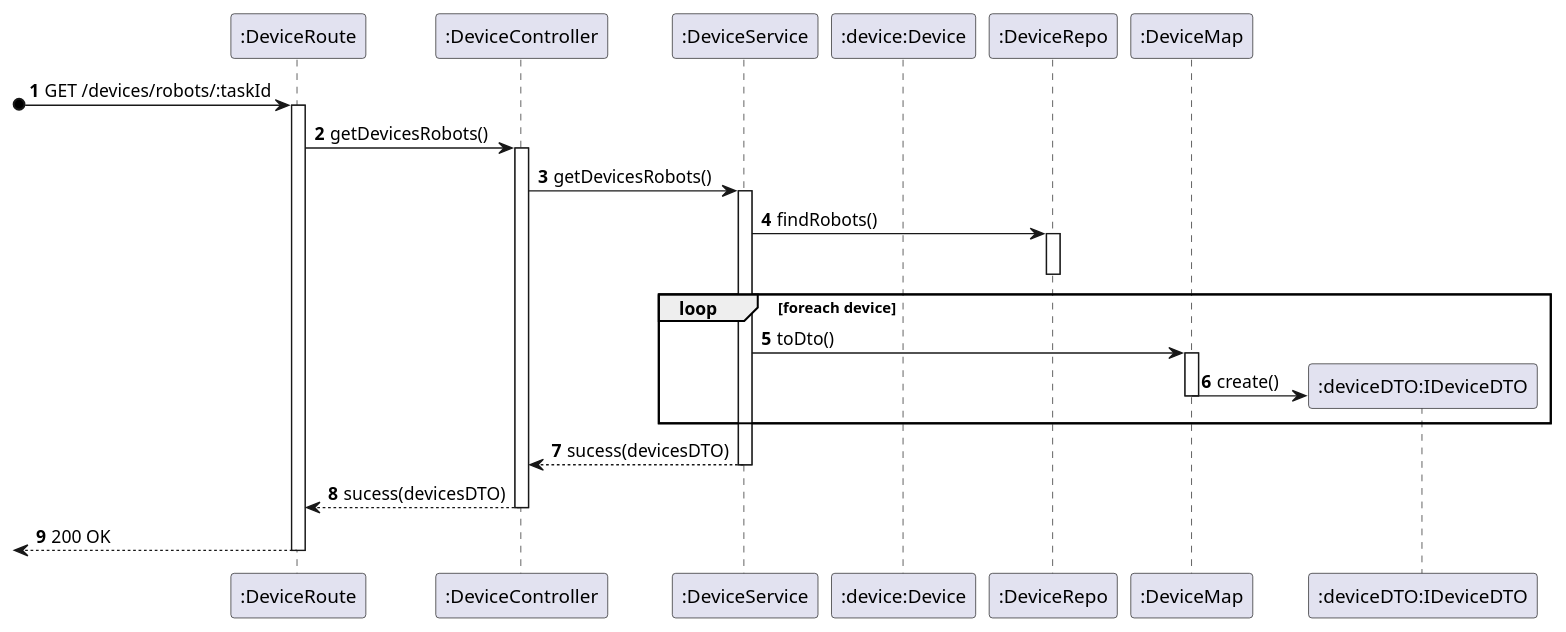
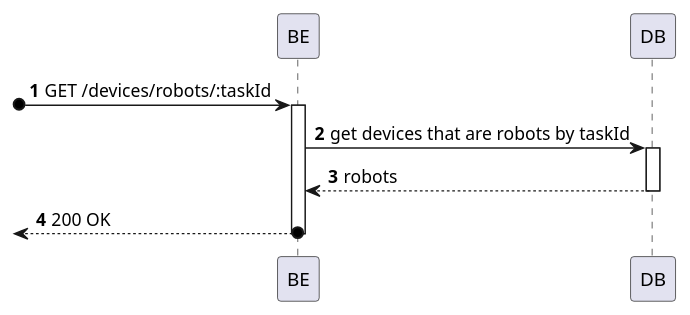
One commit to miseEnPlace-dev/lapr5 changed the diagram in _wiki/sprint-a/us22-390/views/level-3/process-view.puml. Above: the diagram before and after it, drawn with PlantUML. The commit also changed 11 other files, not shown here.

Commit message:
docs: updated level-3 diagrams

```diff
--- a/_wiki/sprint-a/us22-390/views/level-3/process-view.puml
+++ b/_wiki/sprint-a/us22-390/views/level-3/process-view.puml
@@ -1,34 +1,18 @@
 @startuml process-view
 autonumber
-participant ROUTE as ":DeviceRoute"
-participant CTRL as ":DeviceController"
-participant SRV as ":DeviceService"
-participant BUILD as ":device:Device"
-participant REPO as ":DeviceRepo"
-participant MAP as ":DeviceMap"
-participant DTO as ":deviceDTO:IDeviceDTO"
+participant BE as "BE"
+participant DB as "DB"
 
-?o-> ROUTE : GET /devices/robots/:taskId
-activate ROUTE
+?o-> BE : GET /devices/robots/:taskId
+activate BE
 
-ROUTE -> CTRL : getDevicesRobots()
-activate CTRL
-CTRL -> SRV : getDevicesRobots()
-activate SRV
-SRV-> REPO : findRobots()
-activate REPO
-deactivate REPO
-  loop foreach device
-    SRV -> MAP : toDto()
-    activate MAP
-    MAP -> DTO** : create()
-    deactivate MAP
-  end
-SRV --> CTRL : sucess(devicesDTO)
-deactivate SRV
-CTRL --> ROUTE : sucess(devicesDTO)
-deactivate CTRL
-<-- ROUTE : 200 OK
-deactivate ROUTE
+BE -> DB : get devices that are robots by taskId
+activate DB
+
+DB --> BE : robots
+deactivate DB
+
+<--o BE : 200 OK
+deactivate BE
 
 @enduml
```
